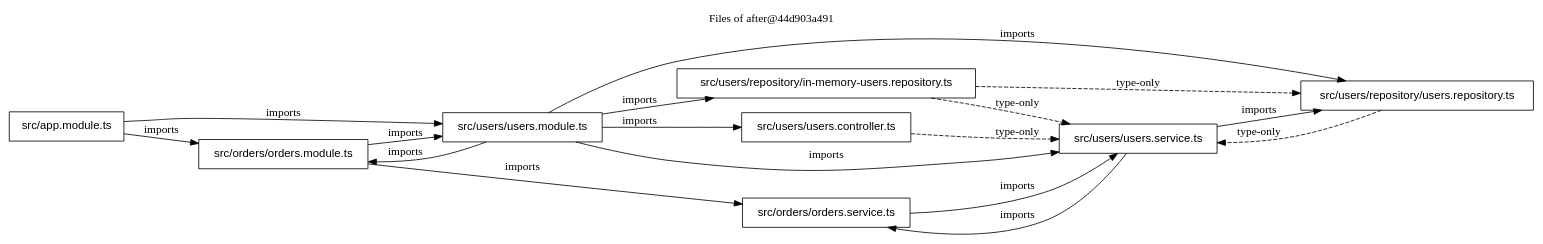
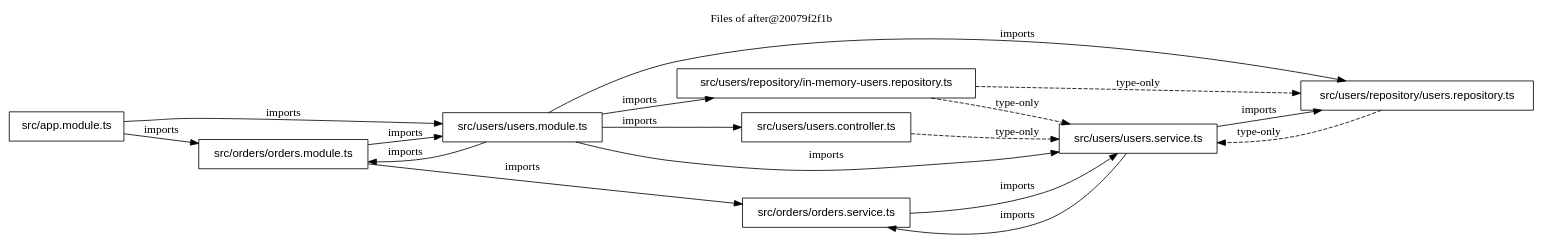
One commit to FullFran/archsieve changed the diagram in examples/nest-shop/files-after.dot. Above: the diagram before and after it, drawn with Graphviz. The commit also changed 25 other files, not shown here.

```diff
--- a/examples/nest-shop/files-after.dot
+++ b/examples/nest-shop/files-after.dot
@@ -1,29 +1,29 @@
 digraph archsieve {
   rankdir=LR;
   node [shape=box, fontname="Helvetica"];
-  label="Files of after@44d903a491"; labelloc=t;
+  label="Files of after@20079f2f1b"; labelloc=t;
   "src/app.module.ts" [label="src/app.module.ts"];
   "src/orders/orders.module.ts" [label="src/orders/orders.module.ts"];
   "src/orders/orders.service.ts" [label="src/orders/orders.service.ts"];
   "src/users/repository/in-memory-users.repository.ts" [label="src/users/repository/in-memory-users.repository.ts"];
   "src/users/repository/users.repository.ts" [label="src/users/repository/users.repository.ts"];
   "src/users/users.controller.ts" [label="src/users/users.controller.ts"];
   "src/users/users.module.ts" [label="src/users/users.module.ts"];
   "src/users/users.service.ts" [label="src/users/users.service.ts"];
   "src/app.module.ts" -> "src/orders/orders.module.ts" [label="imports"];
   "src/app.module.ts" -> "src/users/users.module.ts" [label="imports"];
   "src/orders/orders.module.ts" -> "src/orders/orders.service.ts" [label="imports"];
   "src/orders/orders.module.ts" -> "src/users/users.module.ts" [label="imports"];
   "src/orders/orders.service.ts" -> "src/users/users.service.ts" [label="imports"];
   "src/users/repository/in-memory-users.repository.ts" -> "src/users/repository/users.repository.ts" [style=dashed, label="type-only"];
   "src/users/repository/in-memory-users.repository.ts" -> "src/users/users.service.ts" [style=dashed, label="type-only"];
   "src/users/repository/users.repository.ts" -> "src/users/users.service.ts" [style=dashed, label="type-only"];
   "src/users/users.controller.ts" -> "src/users/users.service.ts" [style=dashed, label="type-only"];
   "src/users/users.module.ts" -> "src/orders/orders.module.ts" [label="imports"];
   "src/users/users.module.ts" -> "src/users/repository/in-memory-users.repository.ts" [label="imports"];
   "src/users/users.module.ts" -> "src/users/repository/users.repository.ts" [label="imports"];
   "src/users/users.module.ts" -> "src/users/users.controller.ts" [label="imports"];
   "src/users/users.module.ts" -> "src/users/users.service.ts" [label="imports"];
   "src/users/users.service.ts" -> "src/orders/orders.service.ts" [label="imports"];
   "src/users/users.service.ts" -> "src/users/repository/users.repository.ts" [label="imports"];
 }
```
